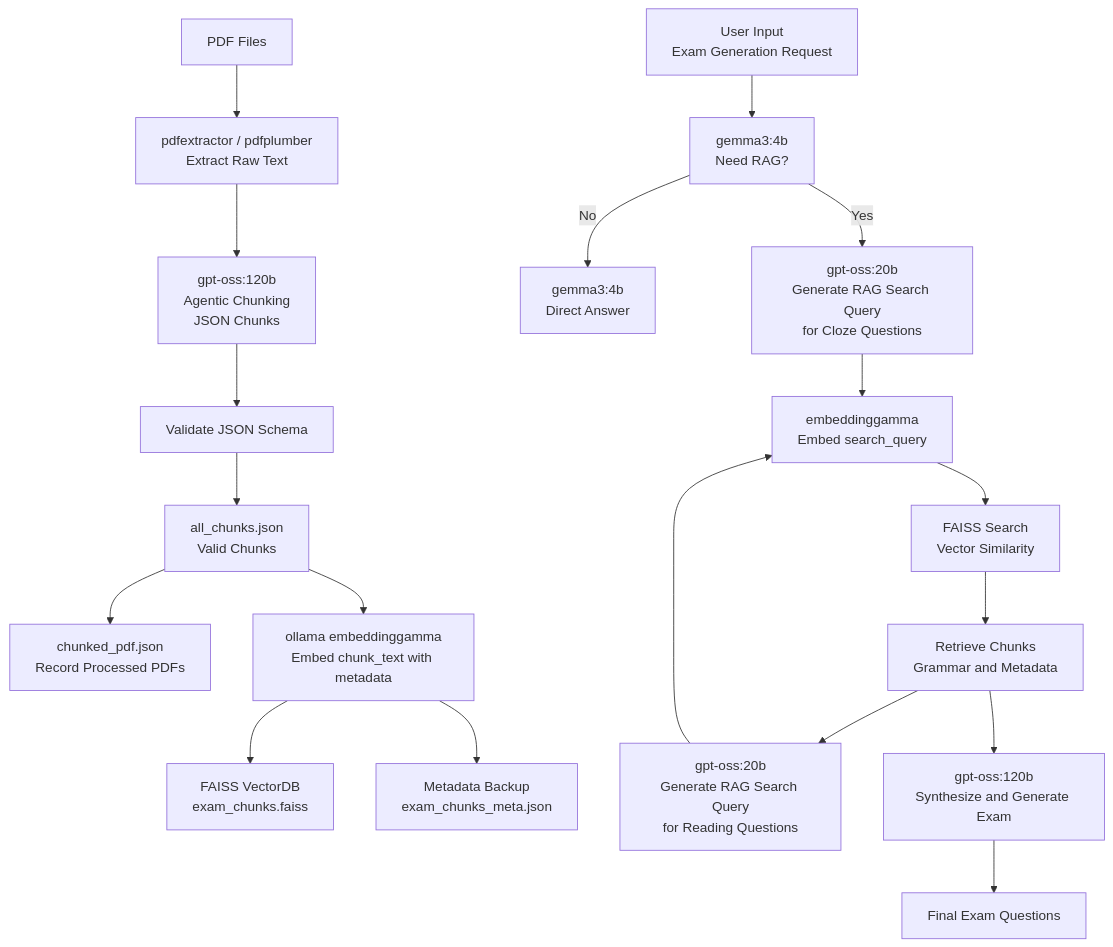
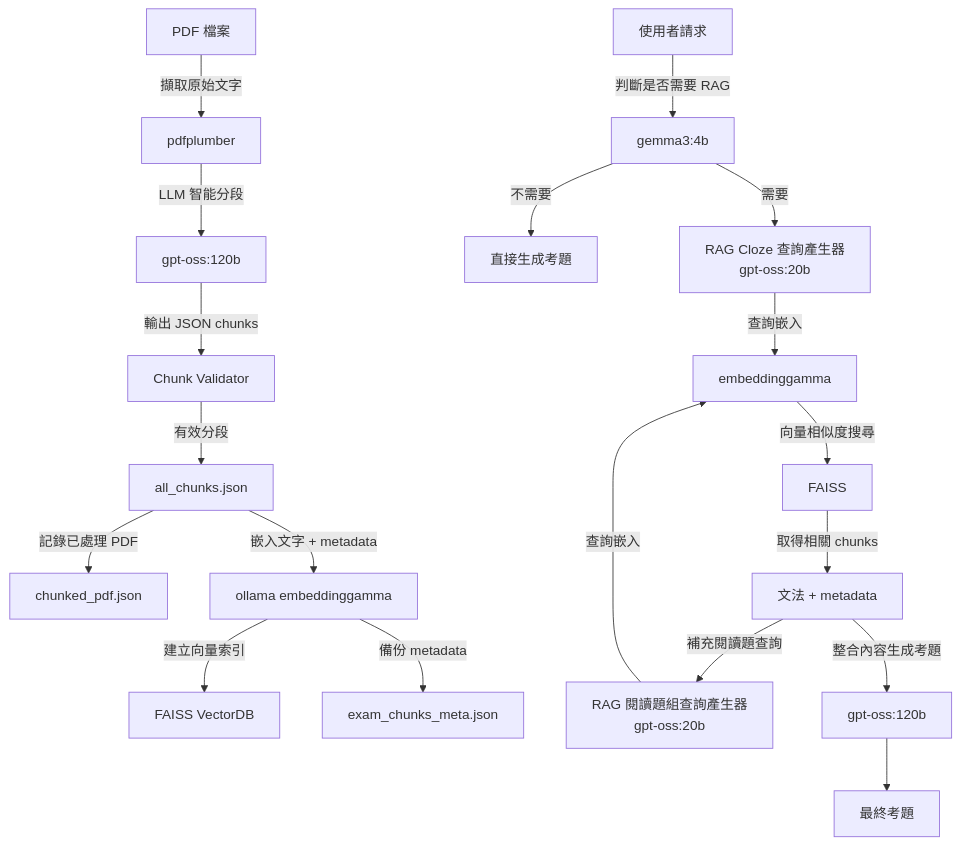
Before and after one commit to lum1nar/QuizForgeTW: the diagram in README.md, drawn with Mermaid. The commit also changed other lines of this file and 3 other files, not shown here.

````diff
--- a/README.md
+++ b/README.md
@@ -40,47 +45,49 @@
 ```mermaid
 flowchart TD
     %% =========================
     %% Offline: PDF → VectorDB
     %% =========================
-    A[PDF Files]
-        --> B[pdfextractor / pdfplumber\nExtract Raw Text]
 
-    B --> C[gpt-oss:120b\nAgentic Chunking\nJSON Chunks]
+    A[PDF 檔案]
+        -->|擷取原始文字| B[pdfplumber]
 
-    C --> D[Validate JSON Schema]
+    B -->|LLM 智能分段| C[gpt-oss:120b]
 
-    D --> E[all_chunks.json\nValid Chunks]
+    C -->|輸出 JSON chunks| D[Chunk Validator]
 
-    E --> F[chunked_pdf.json\nRecord Processed PDFs]
+    D -->|有效分段| E[all_chunks.json]
 
-    %% --- Embedding Pipeline ---
-    E --> G[ollama embeddinggamma\nEmbed chunk_text with metadata]
+    E -->|記錄已處理 PDF| F[chunked_pdf.json]
 
-    G --> H[FAISS VectorDB\nexam_chunks.faiss]
+    %% Embedding
+    E -->|嵌入文字 + metadata| G[ollama embeddinggamma]
 
-    G --> I[Metadata Backup\nexam_chunks_meta.json]
+    G -->|建立向量索引| H[FAISS VectorDB]
+
+    G -->|備份 metadata| I[exam_chunks_meta.json]
 
     %% =========================
-    %% Online: User → Answer
+    %% Online: 使用者 → 題目生成
     %% =========================
-    J[User Input\nExam Generation Request]
-        --> K[gemma3:4b\nNeed RAG?]
 
-    K -->|No| L[gemma3:4b\nDirect Answer]
+    J[使用者請求]
+        -->|判斷是否需要 RAG| K[gemma3:4b]
 
-    K -->|Yes| M[gpt-oss:20b\nGenerate RAG Search Query\nfor Cloze Questions]
+    K -->|不需要| L[直接生成考題]
 
-    M --> N[embeddinggamma\nEmbed search_query]
+    K -->|需要| M[RAG Cloze 查詢產生器 <br> gpt-oss:20b<br>]
 
-    N --> O[FAISS Search\nVector Similarity]
+    M -->|查詢嵌入| N[embeddinggamma]
 
-    O --> P[Retrieve Chunks\nGrammar and Metadata]
+    N -->|向量相似度搜尋| O[FAISS]
 
-    P --> Q[gpt-oss:20b\nGenerate RAG Search Query\nfor Reading Questions]
+    O -->|取得相關 chunks| P[文法 + metadata]
 
-    Q --> N
+    P -->|補充閱讀題查詢| Q[RAG 閱讀題組查詢產生器 <br> gpt-oss:20b<br>]
 
-    P --> S[gpt-oss:120b\nSynthesize and Generate Exam]
+    Q --> |查詢嵌入| N
 
-    S --> T[Final Exam Questions]
+    P -->|整合內容生成考題| S[gpt-oss:120b]
+
+    S --> T[最終考題]
 ```
````
